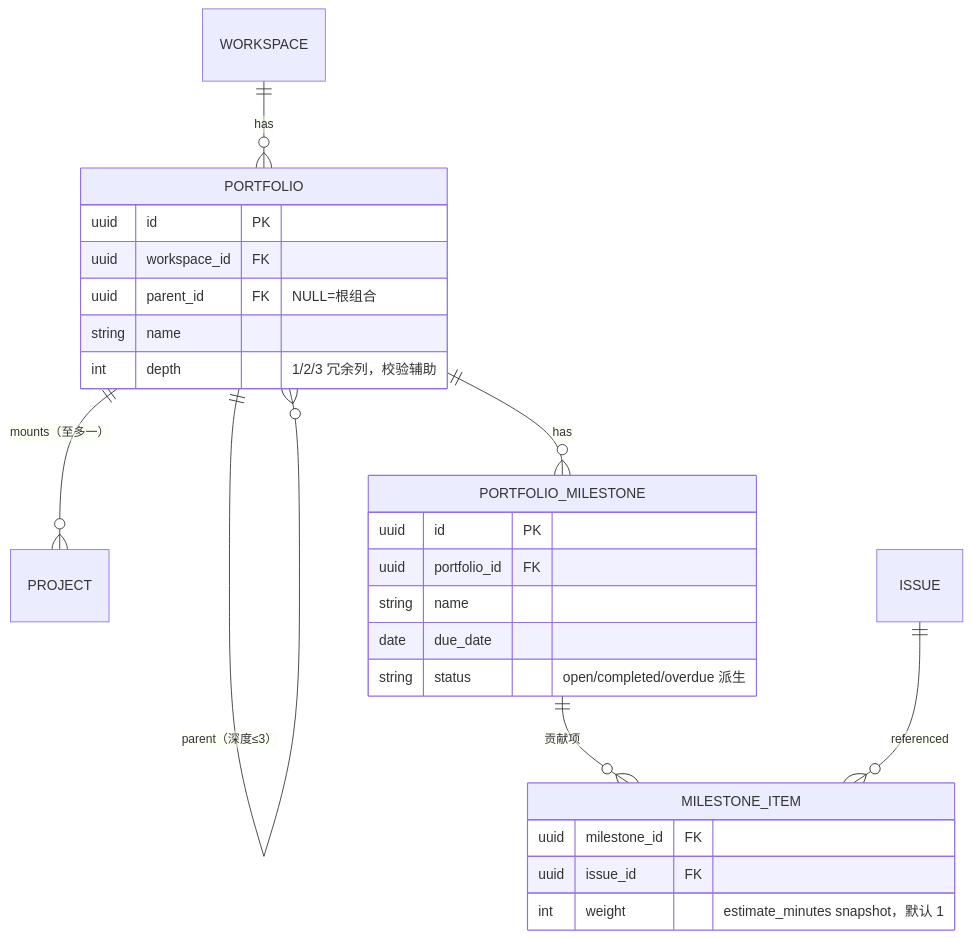
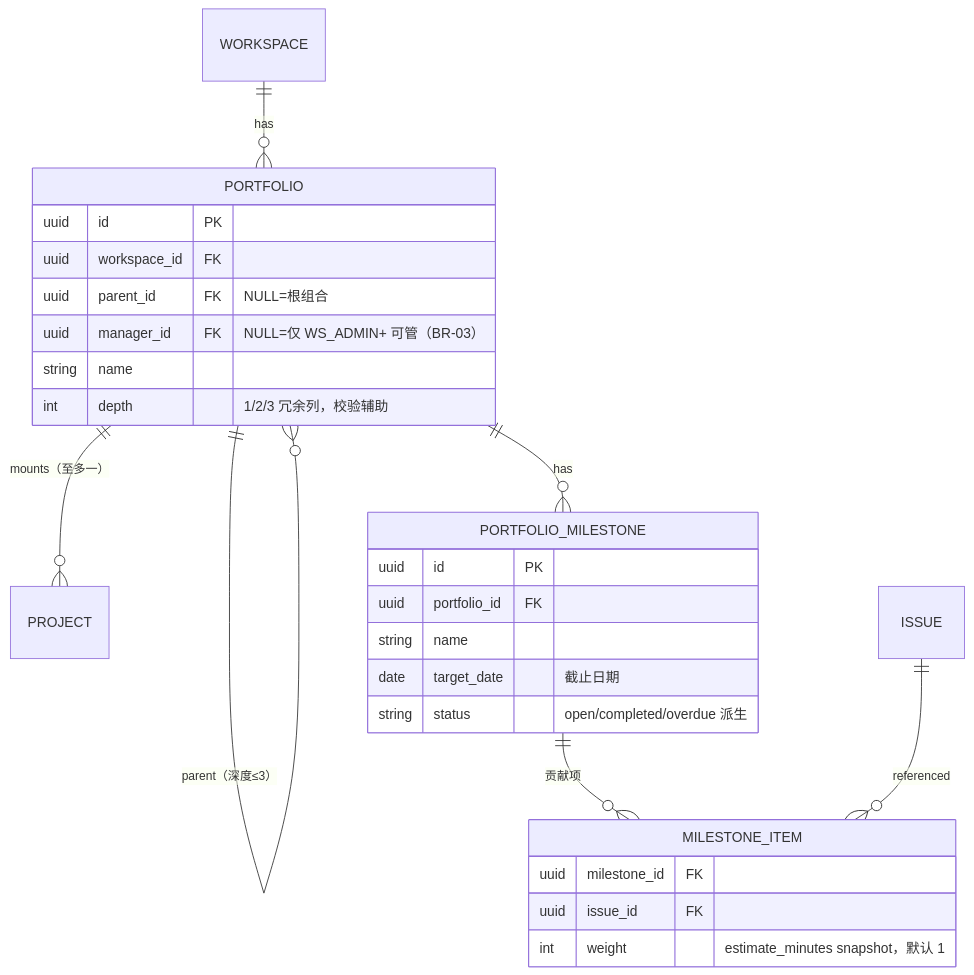
Before and after one commit to RabbitAI-Lab/RabbitProjects: the third of 3 diagrams in docs/sprint-9-enterprise-portfolio/PROJ-004-portfolio.md, drawn with Mermaid. The commit also changed other lines of this file and 13 other files, not shown here.

````diff
--- a/docs/sprint-9-enterprise-portfolio/PROJ-004-portfolio.md
+++ b/docs/sprint-9-enterprise-portfolio/PROJ-004-portfolio.md
@@ -188,28 +188,29 @@
 ```mermaid
 erDiagram
     WORKSPACE ||--o{ PORTFOLIO : has
     PORTFOLIO ||--o{ PORTFOLIO : "parent（深度≤3）"
     PORTFOLIO ||--o{ PROJECT : "mounts（至多一）"
     PORTFOLIO ||--o{ PORTFOLIO_MILESTONE : has
     PORTFOLIO_MILESTONE ||--o{ MILESTONE_ITEM : "贡献项"
     ISSUE ||--o{ MILESTONE_ITEM : "referenced"
     PORTFOLIO {
         uuid id PK
         uuid workspace_id FK
         uuid parent_id FK "NULL=根组合"
+        uuid manager_id FK "NULL=仅 WS_ADMIN+ 可管（BR-03）"
         string name
         int depth "1/2/3 冗余列，校验辅助"
     }
     PORTFOLIO_MILESTONE {
         uuid id PK
         uuid portfolio_id FK
         string name
-        date due_date
+        date target_date "截止日期"
         string status "open/completed/overdue 派生"
     }
     MILESTONE_ITEM {
         uuid milestone_id FK
         uuid issue_id FK
         int weight "estimate_minutes snapshot，默认 1"
     }
 ```
````
